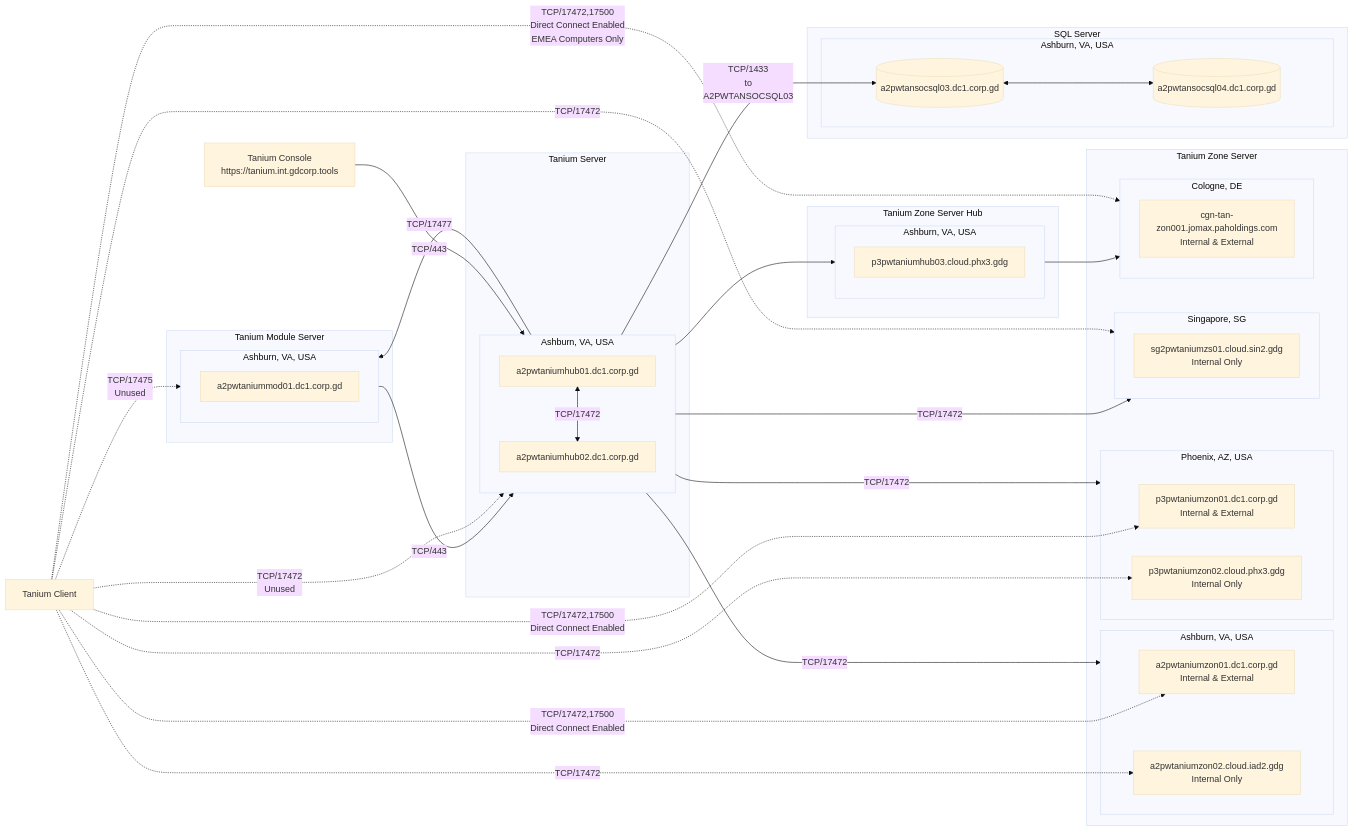
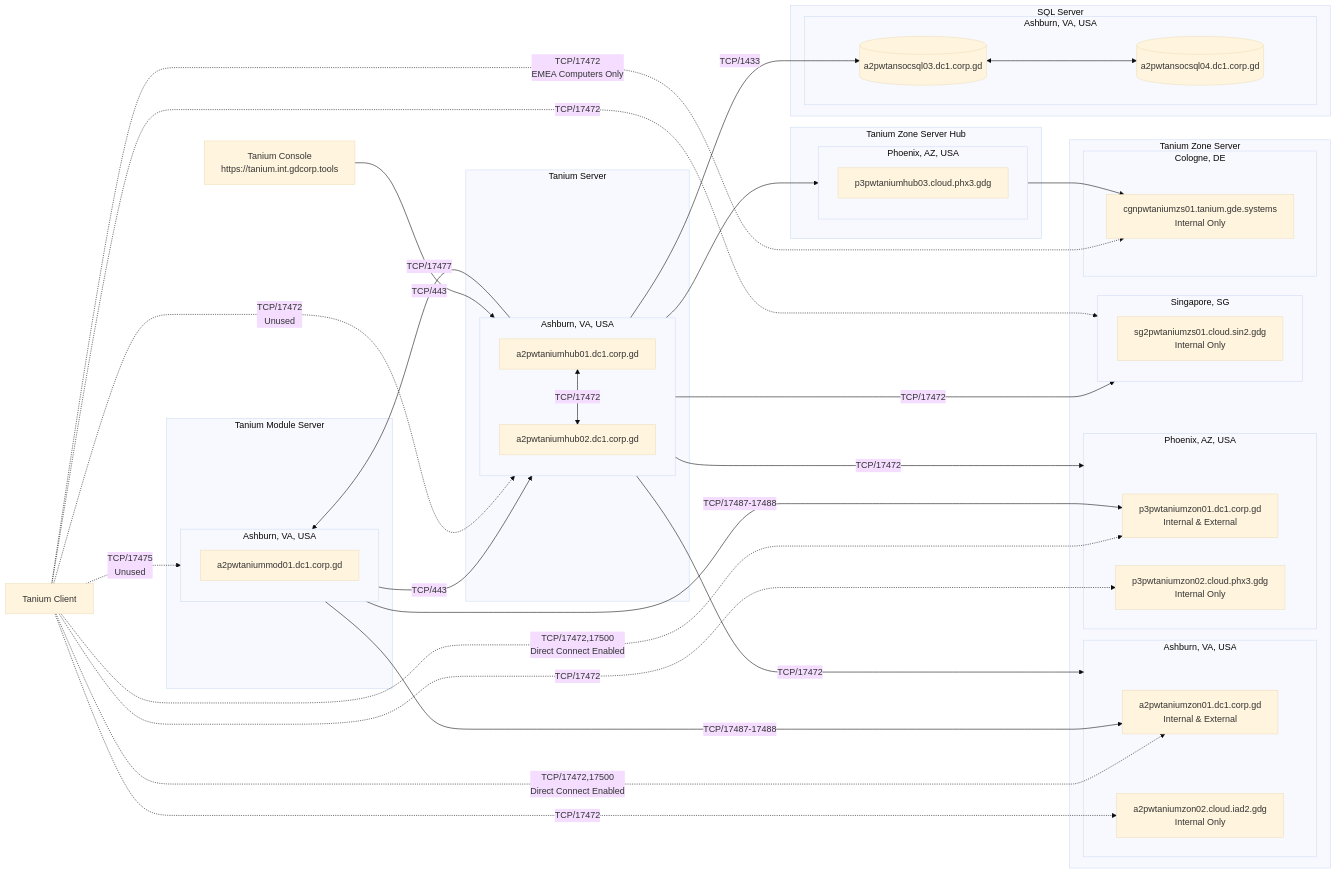
One commit to gdsec-test/tsa-tanium-config changed the diagram in docs/diagrams/src/tanium-architecture-prod-us.mmd. Above: the diagram before and after it, drawn with Mermaid (base theme).

Commit message:
Updated CGN server name

```diff
--- a/docs/diagrams/src/tanium-architecture-prod-us.mmd
+++ b/docs/diagrams/src/tanium-architecture-prod-us.mmd
@@ -1,77 +1,82 @@
 flowchart LR
     %% Define nodes and subgraphs
     subgraph TS["Tanium Server"]
         subgraph TS_A2["Ashburn, VA, USA"]
             TS_A2_1["a2pwtaniumhub01.dc1.corp.gd"]
             TS_A2_2["a2pwtaniumhub02.dc1.corp.gd"]
             TS_A2_1 <-->|"TCP/17472"| TS_A2_2
         end
     end
     subgraph MS["Tanium Module Server"]
-        subgraph MS_P3["Ashburn, VA, USA"]
-            MS_P3_1["a2pwtaniummod01.dc1.corp.gd"]
+        subgraph MS_A2["Ashburn, VA, USA"]
+            MS_A2_1["a2pwtaniummod01.dc1.corp.gd"]
         end
     end
     subgraph ZS["Tanium Zone Server"]
         subgraph ZS_A2["Ashburn, VA, USA"]
             ZS_A2_1["a2pwtaniumzon01.dc1.corp.gd<br/>Internal & External"]
             ZS_A2_2["a2pwtaniumzon02.cloud.iad2.gdg<br/>Internal Only"]
         end
         subgraph ZS_P3["Phoenix, AZ, USA"]
             ZS_P3_1["p3pwtaniumzon01.dc1.corp.gd<br/>Internal & External"]
             ZS_P3_2["p3pwtaniumzon02.cloud.phx3.gdg<br/>Internal Only"]
         end
         subgraph ZS_SG2["Singapore, SG"]
             ZS_SG2_1["sg2pwtaniumzs01.cloud.sin2.gdg<br/>Internal Only"]
         end
         subgraph ZS_CGN["Cologne, DE"]
-            ZS_CGN_1["cgn-tan-zon001.jomax.paholdings.com<br/>Internal & External"]
+            ZS_CGN_1["cgnpwtaniumzs01.tanium.gde.systems<br/>Internal Only"]
         end
     end
     subgraph ZH["Tanium Zone Server Hub"]
-        subgraph ZH_A2["Ashburn, VA, USA"]
-            ZH_A2_1["p3pwtaniumhub03.cloud.phx3.gdg"]
+        subgraph ZH_P3["Phoenix, AZ, USA"]
+            ZH_P3_1["p3pwtaniumhub03.cloud.phx3.gdg"]
         end
     end
     subgraph SQL["SQL Server"]
         subgraph SQL_A2["Ashburn, VA, USA"]
             SQL_A2_3[("a2pwtansocsql03.dc1.corp.gd")]
             SQL_A2_4[("a2pwtansocsql04.dc1.corp.gd")]
             SQL_A2_3 <--> SQL_A2_4
         end
     end
     
     %% Define nodes not part of a subgraph
     %%Title("Tanium Production"):::StyleGoDaddyProd
-    TaniumClient["Tanium Client"]
+    %%TaniumClientInt["Tanium Client"]
+    TaniumClientExt["Tanium Client"]
     TaniumConsole["Tanium Console<br/>https://tanium.int.gdcorp.tools"]
+    %%RDPBastion["RDP Bastion Host<br/>cgnpwbastion01.gde.systems"]
+    %%RDPClient["RDP Client"]
 
     %% Define relationships
-    TS_A2 -->|"TCP/17477"| MS_P3
-    MS_P3 -->|"TCP/443"| TS_A2
-    TS_A2 -->|"TCP/1433<br/>to<br/>A2PWTANSOCSQL03"| SQL_A2_3
-    TS_A2 --> ZH_A2
+    TS_A2 -->|"TCP/17477"| MS_A2
+    MS_A2 -->|"TCP/443"| TS_A2
+    MS_A2 -->|"TCP/17487-17488"| ZS_A2_1
+    MS_A2 -->|"TCP/17487-17488"| ZS_P3_1
+    TS_A2 -->|"TCP/1433"| SQL_A2_3
+    TS_A2 --> ZH_P3 --> ZS_CGN_1
     TS_A2 -->|"TCP/17472"| ZS_A2
     TS_A2 -->|"TCP/17472"| ZS_P3
     TS_A2 -->|"TCP/17472"| ZS_SG2
-    ZH_A2 --> ZS_CGN
-    TaniumClient -.->|"TCP/17472<br/>Unused"| TS_A2
-    TaniumClient -.->|"TCP/17475<br/>Unused"| MS_P3
-    TaniumClient -.->|"TCP/17472,17500<br/>Direct Connect Enabled<br/>EMEA Computers Only"| ZS_CGN
-    TaniumClient -.->|"TCP/17472,17500<br/>Direct Connect Enabled"| ZS_A2_1
-    TaniumClient -.->|"TCP/17472"| ZS_A2_2
-    TaniumClient -.->|"TCP/17472,17500<br/>Direct Connect Enabled"| ZS_P3_1
-    TaniumClient -.->|"TCP/17472"| ZS_P3_2
-    TaniumClient -.->|"TCP/17472"| ZS_SG2
+    TaniumClientExt .->|"TCP/17472<br/>Unused"| TS_A2
+    TaniumClientExt .->|"TCP/17475<br/>Unused"| MS_A2
+    TaniumClientExt .->|"TCP/17472<br/>EMEA Computers Only"| ZS_CGN_1
+    TaniumClientExt .->|"TCP/17472,17500<br/>Direct Connect Enabled"| ZS_A2_1
+    TaniumClientExt .->|"TCP/17472"| ZS_A2_2
+    TaniumClientExt .->|"TCP/17472,17500<br/>Direct Connect Enabled"| ZS_P3_1
+    TaniumClientExt .->|"TCP/17472"| ZS_P3_2
+    TaniumClientExt .->|"TCP/17472"| ZS_SG2
     TaniumConsole -->|"TCP/443"| TS_A2
-    
+    %%RDPClient -->|"TCP/UDP/3389"| RDPBastion -->|"TCP/UDP/3389"| ZS_CGN_1
+
     %% Add hyperlinks
     click TaniumConsole "https://tanium.int.gdcorp.tools" "Tanium Console (VPN Required)"
 
     %% Define styles
     classDef StyleGoDaddyProd fill:#E22726,color:#000000,stroke:#FFFFFF,stroke-width:1px;
     classDef StyleGoDaddyProdEMEA fill:#FED317,color:#2F1C4C,stroke:#FADCD9,stroke-width:1px;
     classDef StyleGoDaddyDev fill:#00782E,color:#D8EFEF,stroke:#FFEEA9,stroke-width:1px;
 
     %% Assign styles
     %%class Title StyleGoDaddyProd;
```
